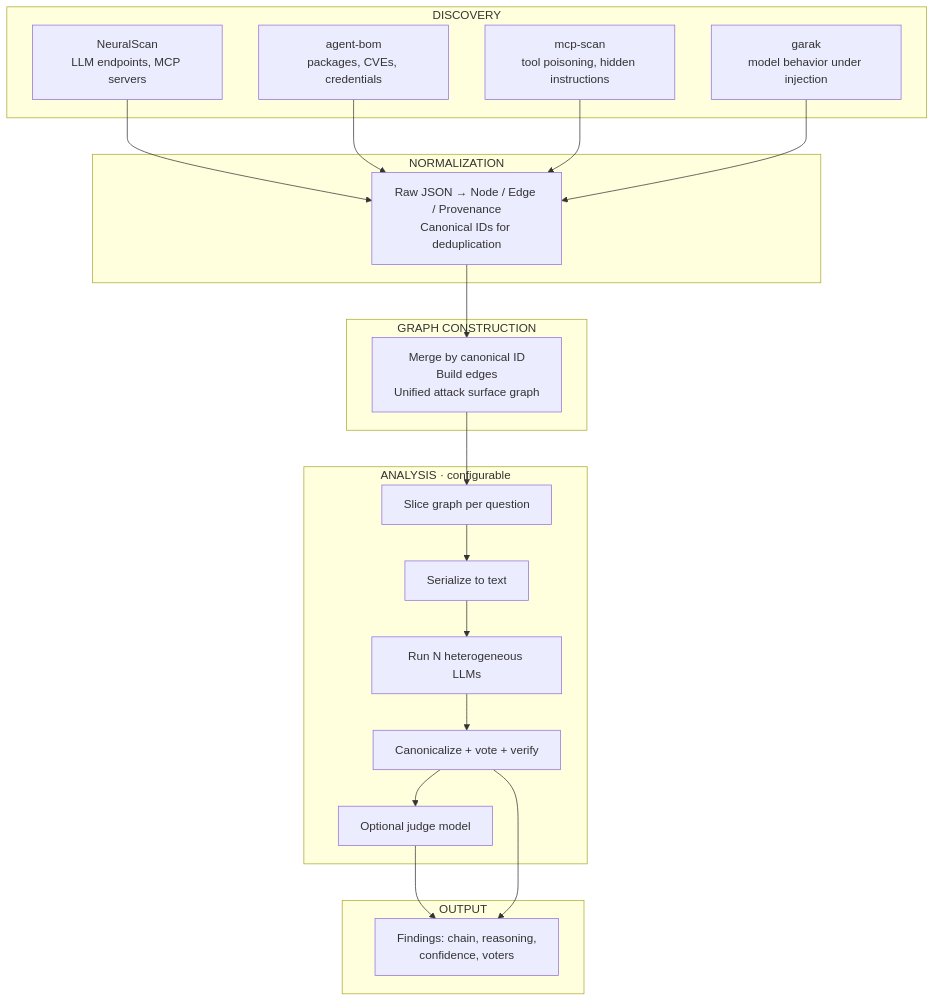
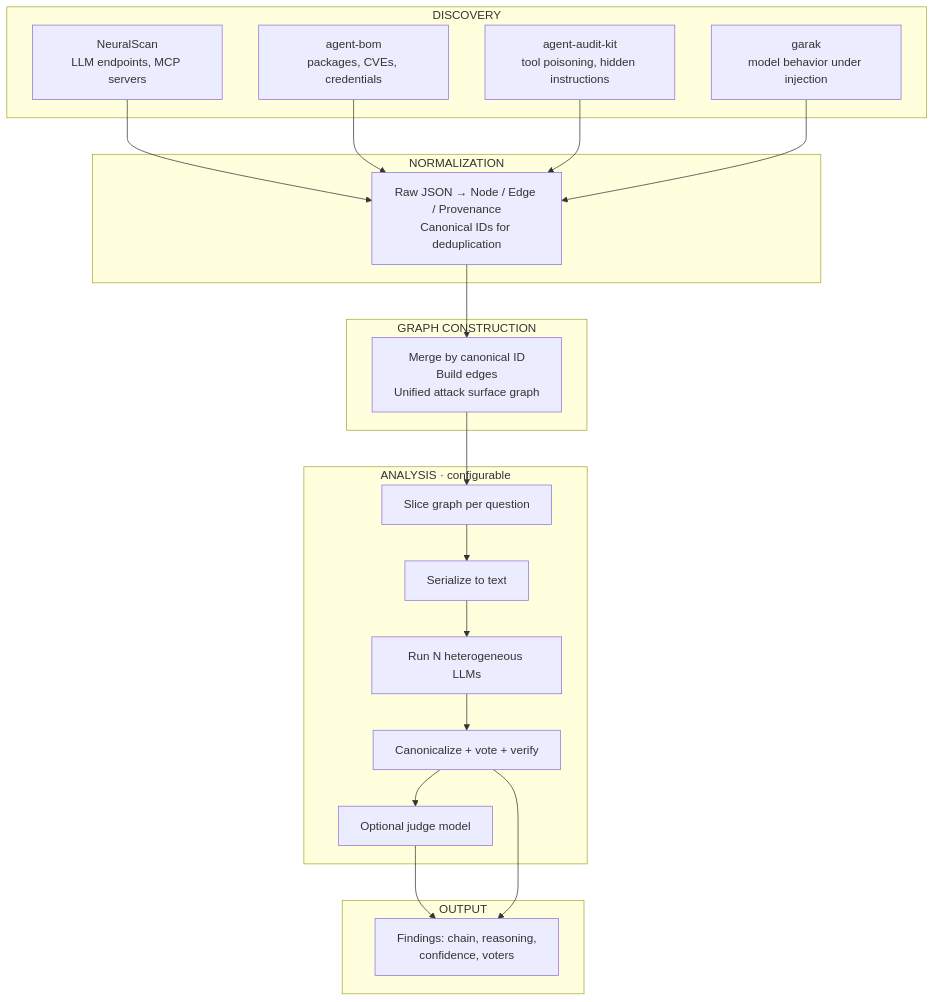
The diagram in README.md (Malinowiy/AICorellator), drawn with Mermaid before and after one commit.

Commit message:
Rename mcp-scan to agent-audit-kit in README

````diff
--- a/README.md
+++ b/README.md
@@ -50,42 +50,42 @@
 ```mermaid
 flowchart TD
     subgraph DISCOVERY
         N[NeuralScan<br/>LLM endpoints, MCP servers]
         A[agent-bom<br/>packages, CVEs, credentials]
-        M[mcp-scan<br/>tool poisoning, hidden instructions]
+        M[agent-audit-kit<br/>tool poisoning, hidden instructions]
         G[garak<br/>model behavior under injection]
     end
 
     subgraph NORMALIZATION
         NR[Raw JSON → Node / Edge / Provenance<br/>Canonical IDs for deduplication]
     end
 
     subgraph GRAPH[GRAPH CONSTRUCTION]
         GC[Merge by canonical ID<br/>Build edges<br/>Unified attack surface graph]
     end
 
     subgraph ANALYSIS[ANALYSIS · configurable]
         SL[Slice graph per question]
         SE[Serialize to text]
         LLM[Run N heterogeneous LLMs]
         VT[Canonicalize + vote + verify]
         JD[Optional judge model]
     end
 
     subgraph OUTPUT
         O[Findings: chain, reasoning,<br/>confidence, voters]
     end
 
     N --> NR
     A --> NR
     M --> NR
     G --> NR
     NR --> GC
     GC --> SL
     SL --> SE
     SE --> LLM
     LLM --> VT
     VT --> JD
     JD --> O
     VT --> O
 ```
````
